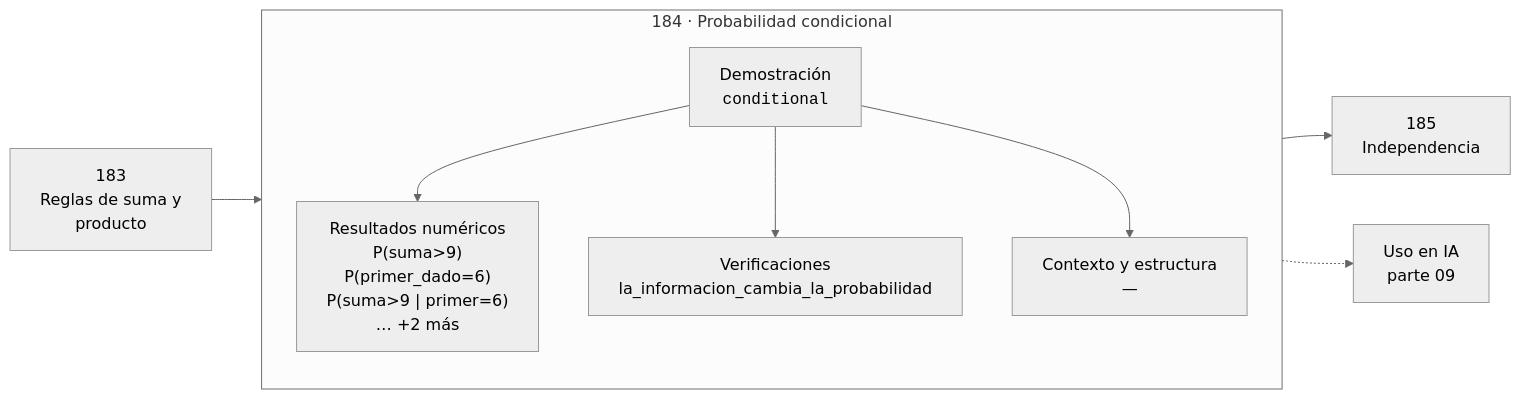
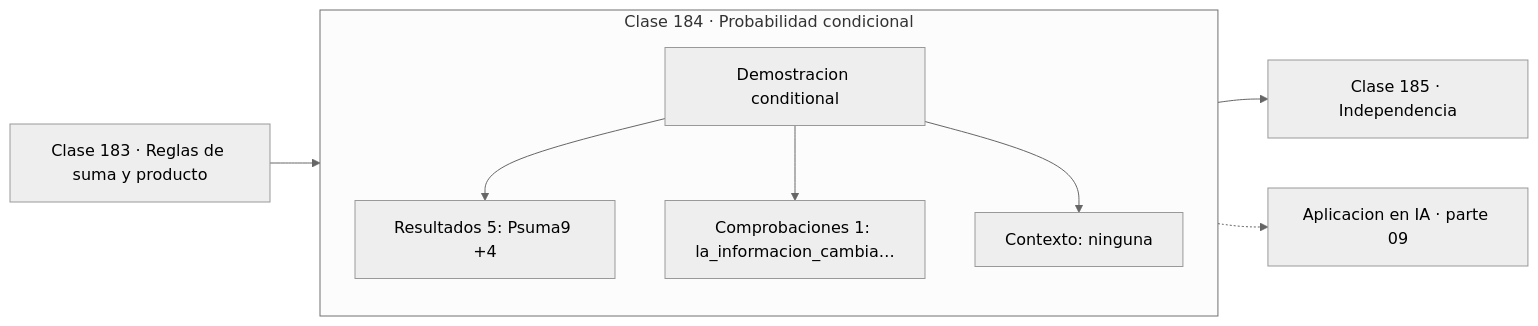
The diagram in classes/part-09-probabilidad-y-procesos-aleatorios/184-probabilidad-condicional/README.md (vladimiracunadev-create/computational-mathematics-program), drawn with Mermaid (neutral theme) before and after one commit. The commit also changed 389 other files, not shown here.

First line of the commit message:
fix(diagramas): elimina el HTML de las etiquetas Mermaid

````diff
--- a/classes/part-09-probabilidad-y-procesos-aleatorios/184-probabilidad-condicional/README.md
+++ b/classes/part-09-probabilidad-y-procesos-aleatorios/184-probabilidad-condicional/README.md
@@ -30,12 +30,13 @@
 ```mermaid
 flowchart LR
-    P["183<br/>Reglas de suma y<br/>producto"] --> C
-    subgraph C["184 · Probabilidad condicional"]
+    P["Clase 183 · Reglas de suma y producto"] --> D
+    subgraph CLASE["Clase 184 · Probabilidad condicional"]
         direction TB
-        D["Demostración<br/><code>conditional</code>"] --> R["Resultados numéricos<br/>P(suma>9)<br/>P(primer_dado=6)<br/>P(suma>9 | primer=6)<br/>… +2 más"]
-        D --> V["Verificaciones<br/>la_informacion_cambia_la_probabilidad"]
-        D --> O["Contexto y estructura<br/>—"]
+        D["Demostracion conditional"]
+        D --> R["Resultados 5: Psuma9 +4"]
+        D --> V["Comprobaciones 1: la_informacion_cambia…"]
+        D --> O["Contexto: ninguna"]
     end
-    C --> N["185<br/>Independencia"]
-    C -.-> IA["Uso en IA<br/>parte 09"]
+    R --> N["Clase 185 · Independencia"]
+    V -.-> IA["Aplicacion en IA · parte 09"]
 ```
````
